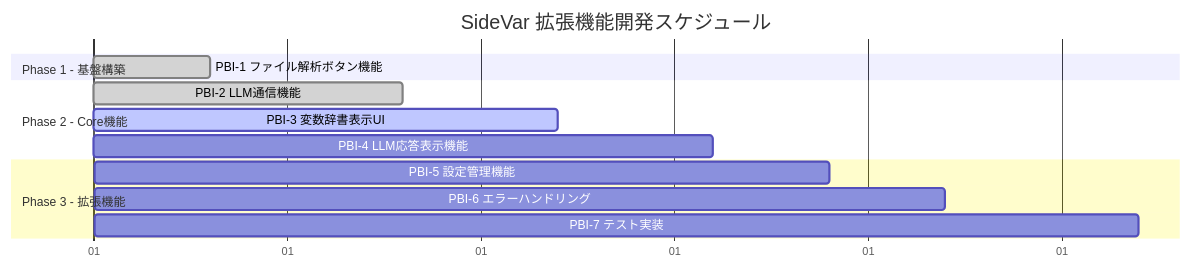
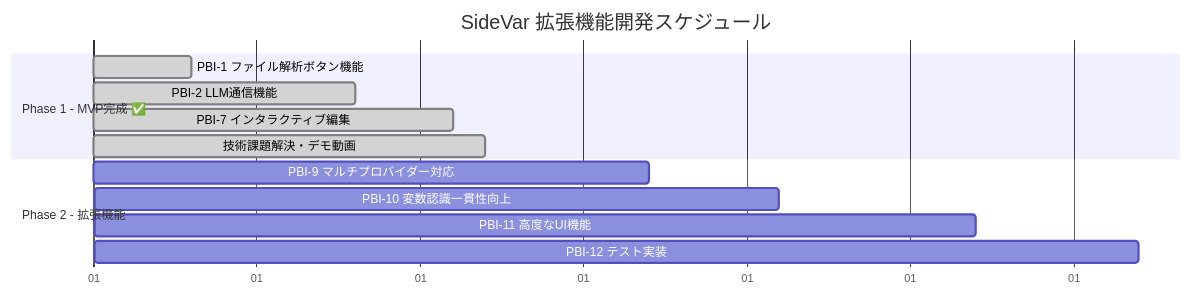
Before and after one commit to ak-nagae/sideVar: the second of 9 diagrams in docs/PROGRESS_REPORT.md, drawn with Mermaid. The commit also changed other lines of this file and 1 other file, not shown here.

Commit message:
📝  PBI-11を高度なUI機能強化に変更し、受け入れ基準を追加。

````diff
--- a/docs/PROGRESS_REPORT.md
+++ b/docs/PROGRESS_REPORT.md
@@ -43,19 +43,18 @@
 ```mermaid
 gantt
     title SideVar 拡張機能開発スケジュール
     dateFormat X
     axisFormat %d
 
-    section Phase 1 - 基盤構築
+    section Phase 1 - MVP完成 ✅
     PBI-1 ファイル解析ボタン機能    :done, pbi1, 0, 3
+    PBI-2 LLM通信機能              :done, pbi2, 3, 8
+    PBI-7 インタラクティブ編集     :done, pbi7, 8, 11
+    技術課題解決・デモ動画         :done, demo, 11, 12
     
-    section Phase 2 - Core機能
-    PBI-2 LLM通信機能              :done, pbi2, 3, 8
-    PBI-3 変数辞書表示UI           :active, pbi3, 8, 12
-    PBI-4 LLM応答表示機能          :pbi4, 12, 16
-    
-    section Phase 3 - 拡張機能
-    PBI-5 設定管理機能             :pbi5, 16, 19
-    PBI-6 エラーハンドリング       :pbi6, 19, 22
-    PBI-7 テスト実装              :pbi7, 22, 27
+    section Phase 2 - 拡張機能
+    PBI-9 マルチプロバイダー対応   :pbi9, 12, 17
+    PBI-10 変数認識一貫性向上      :pbi10, 17, 21
+    PBI-11 高度なUI機能           :pbi11, 21, 27
+    PBI-12 テスト実装             :pbi12, 27, 32
 ```
````
